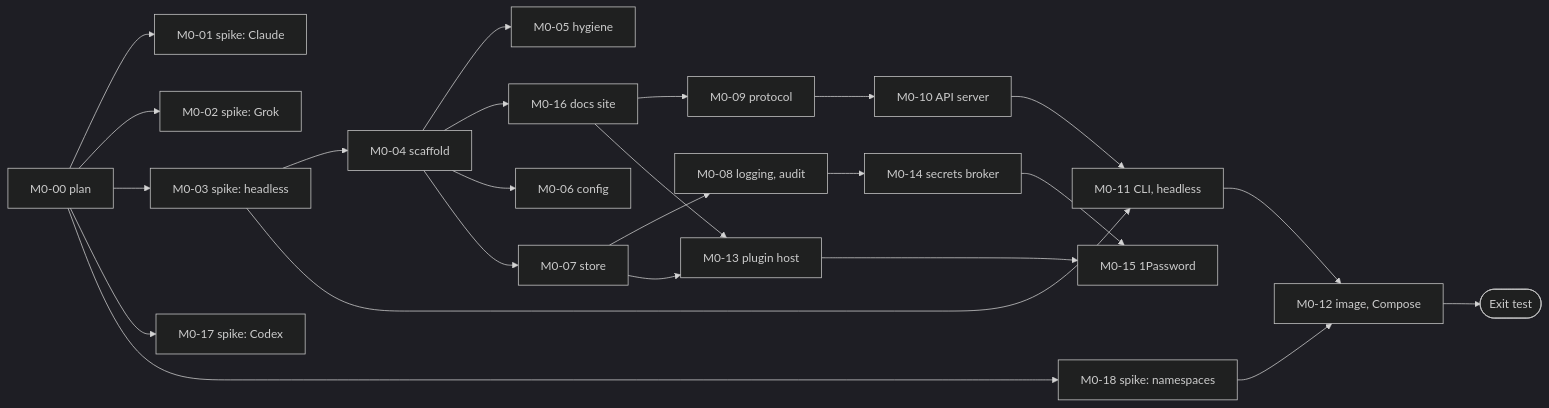
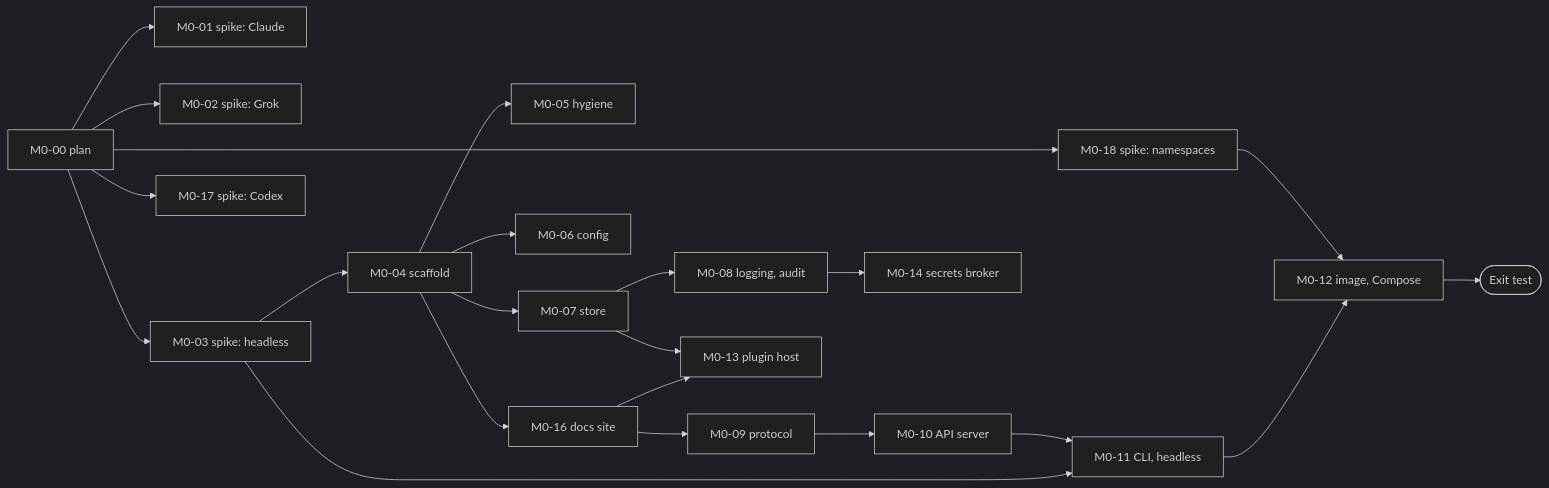
Before and after one commit to jcore9/Aphelion: the diagram in docs/plan/milestones/M0-foundations.md, drawn with Mermaid (dark theme). The commit also changed other lines of this file and 7 other files, not shown here.

````diff
--- a/docs/plan/milestones/M0-foundations.md
+++ b/docs/plan/milestones/M0-foundations.md
@@ -55,26 +55,24 @@
 ```mermaid
 flowchart LR
   m00["M0-00 plan"] --> s1["M0-01 spike: Claude"]
   m00 --> s2["M0-02 spike: Grok"]
   m00 --> s3["M0-03 spike: headless"]
   m00 --> s4["M0-17 spike: Codex"]
   m00 --> s5["M0-18 spike: namespaces"]
   s5 --> m12
   s3 --> m04["M0-04 scaffold"]
   m04 --> m05["M0-05 hygiene"]
   m04 --> m16["M0-16 docs site"]
   m04 --> m06["M0-06 config"]
   m04 --> m07["M0-07 store"]
   m07 --> m08["M0-08 logging, audit"]
   m16 --> m09["M0-09 protocol"]
   m09 --> m10["M0-10 API server"]
   m10 --> m11["M0-11 CLI, headless"]
   s3 --> m11
   m11 --> m12["M0-12 image, Compose"]
   m07 --> m13["M0-13 plugin host"]
   m16 --> m13
   m08 --> m14["M0-14 secrets broker"]
-  m13 --> m15["M0-15 1Password"]
-  m14 --> m15
   m12 --> exit(["Exit test"])
 ```
````
